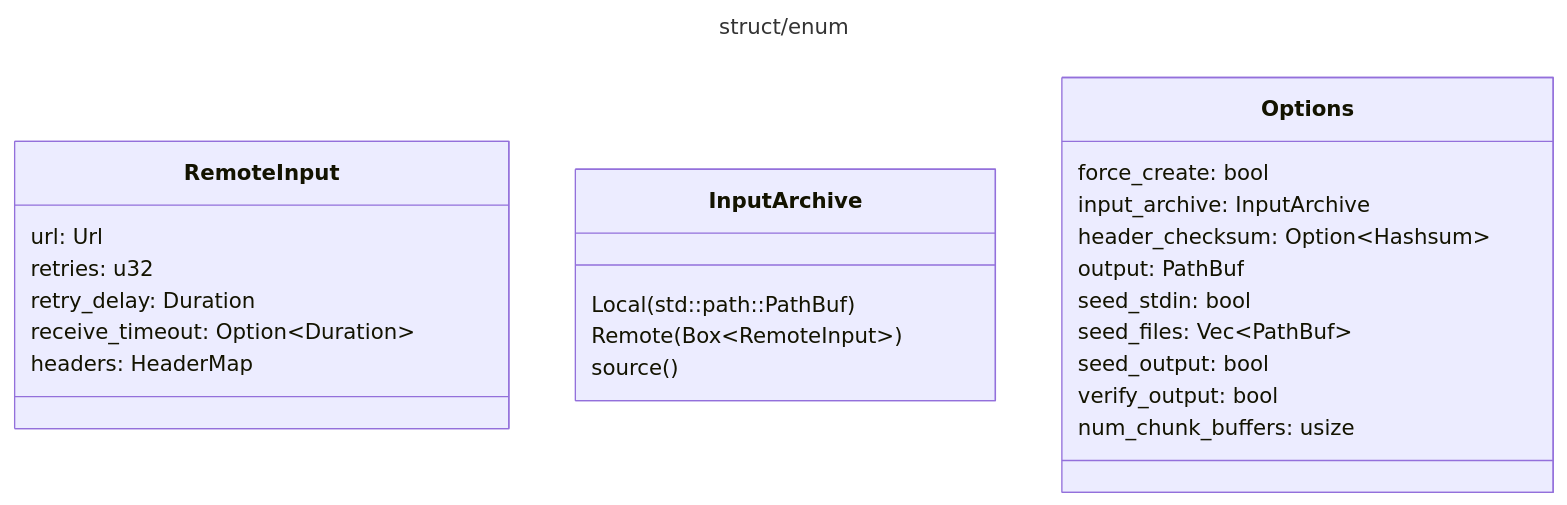
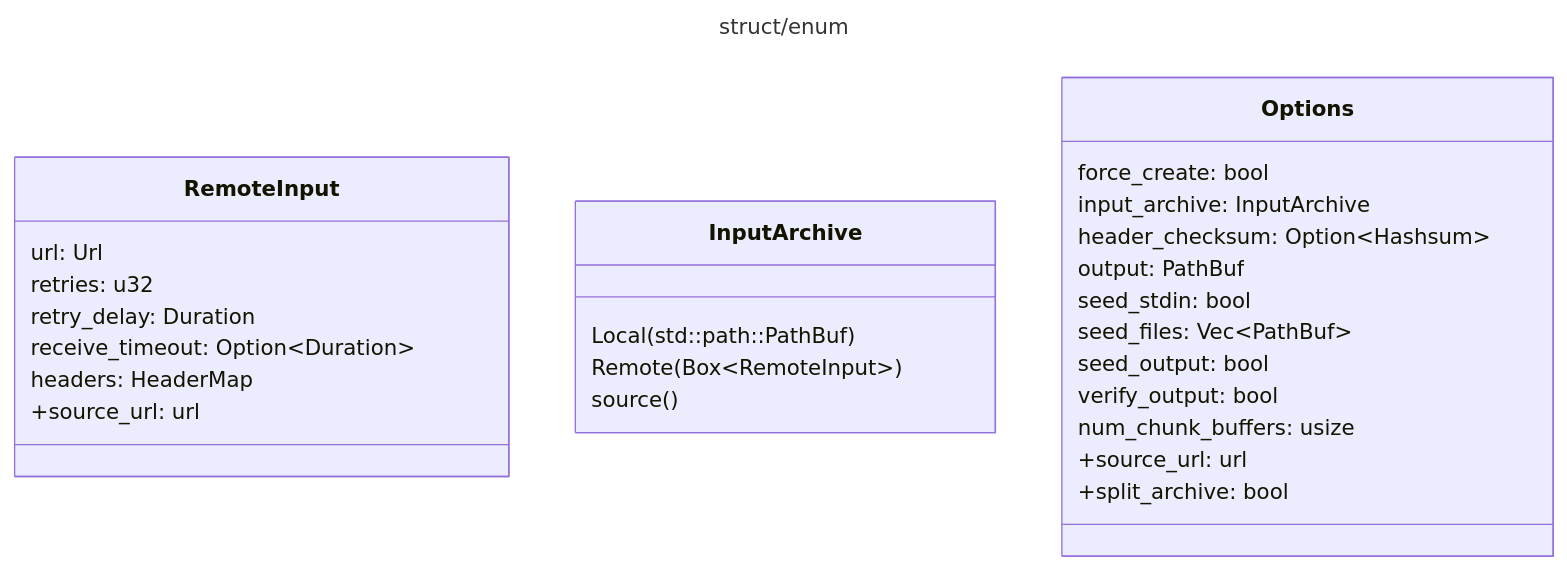
Before and after one commit to softtiny/docs.bita: the first of 2 diagrams in markdowns/clone_cmd.md, drawn with Mermaid.

Commit message:
:construction: Work in progress.

````diff
--- a/markdowns/clone_cmd.md
+++ b/markdowns/clone_cmd.md
@@ -4,29 +4,32 @@
 ```mermaid
 ---
 title: struct/enum
 ---
 classDiagram
     class RemoteInput {
         url: Url
         retries: u32
         retry_delay: Duration
         receive_timeout: Option&lt;Duration&gt;
         headers: HeaderMap
+        +source_url: url
     }
     class InputArchive {
         Local(std::path::PathBuf)
         Remote(Box&lt;RemoteInput&gt;)
         source()
     }
     class Options {
         force_create: bool
         input_archive: InputArchive
         header_checksum: Option&lt;Hashsum&gt;
         output: PathBuf
         seed_stdin: bool
         seed_files: Vec&lt;PathBuf&gt;
         seed_output: bool
         verify_output: bool
         num_chunk_buffers: usize
+        +source_url: url
+        +split_archive: bool
     }
 ```
````
